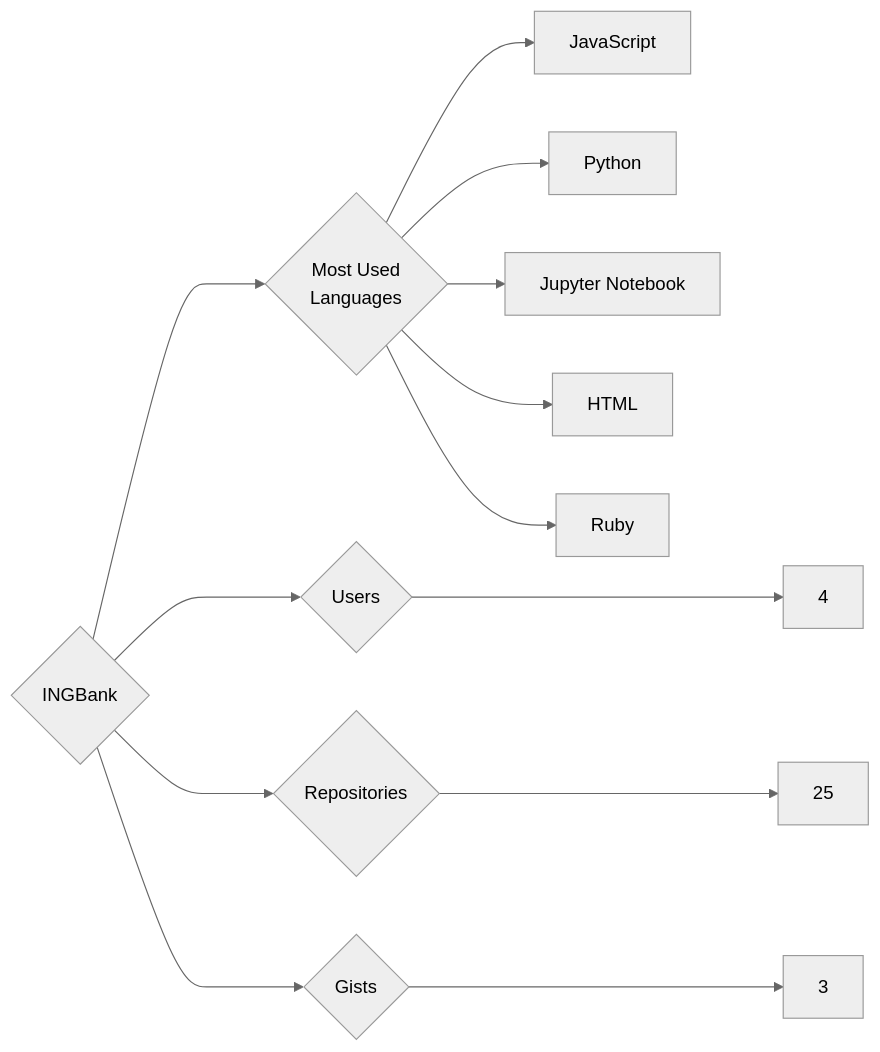
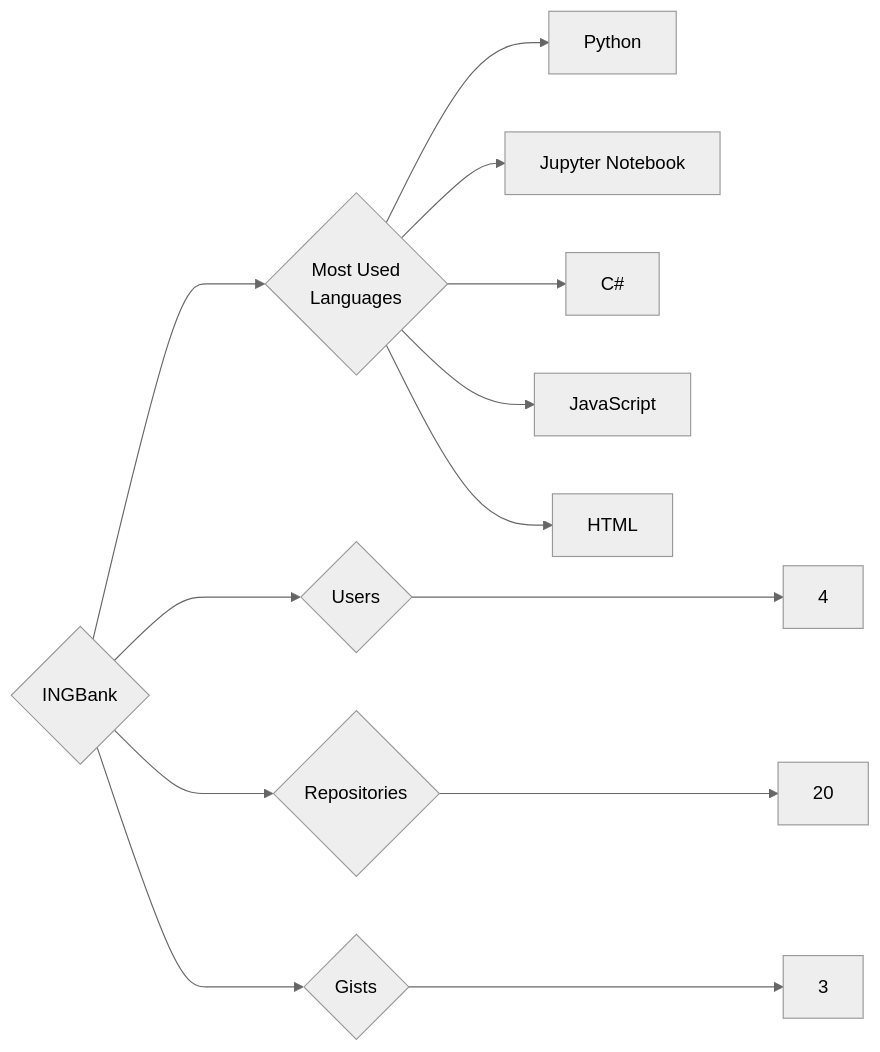
Before and after one commit to trickest/insiders: the diagram in targets/INGBank/README.md, drawn with Mermaid (neutral theme). The commit also changed 1141 other files, not shown here.

````diff
--- a/targets/INGBank/README.md
+++ b/targets/INGBank/README.md
@@ -3,13 +3,13 @@
 ```mermaid
 graph LR
 COMPANY_NAME{INGBank}
 COMPANY_NAME ---> U{Users} ---> UN[4]
-COMPANY_NAME ---> R{Repositories} ---> RN[25]
+COMPANY_NAME ---> R{Repositories} ---> RN[20]
 COMPANY_NAME ---> G{Gists} ---> GN[3]
 COMPANY_NAME ---> ML{Most Used<br>Languages}
-ML --> JavaScript[JavaScript]
 ML --> Python[Python]
 ML --> Jupyter_Notebook[Jupyter Notebook]
+ML --> C#[C#]
+ML --> JavaScript[JavaScript]
 ML --> HTML[HTML]
-ML --> Ruby[Ruby]
 ```
````
